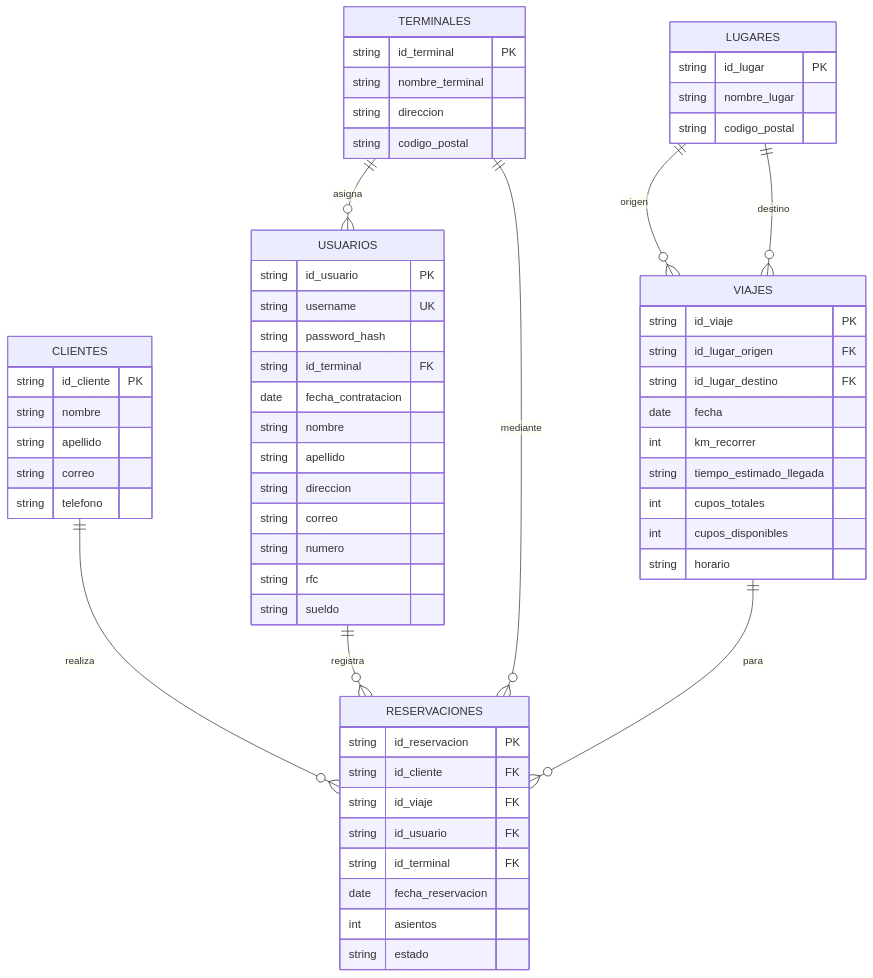
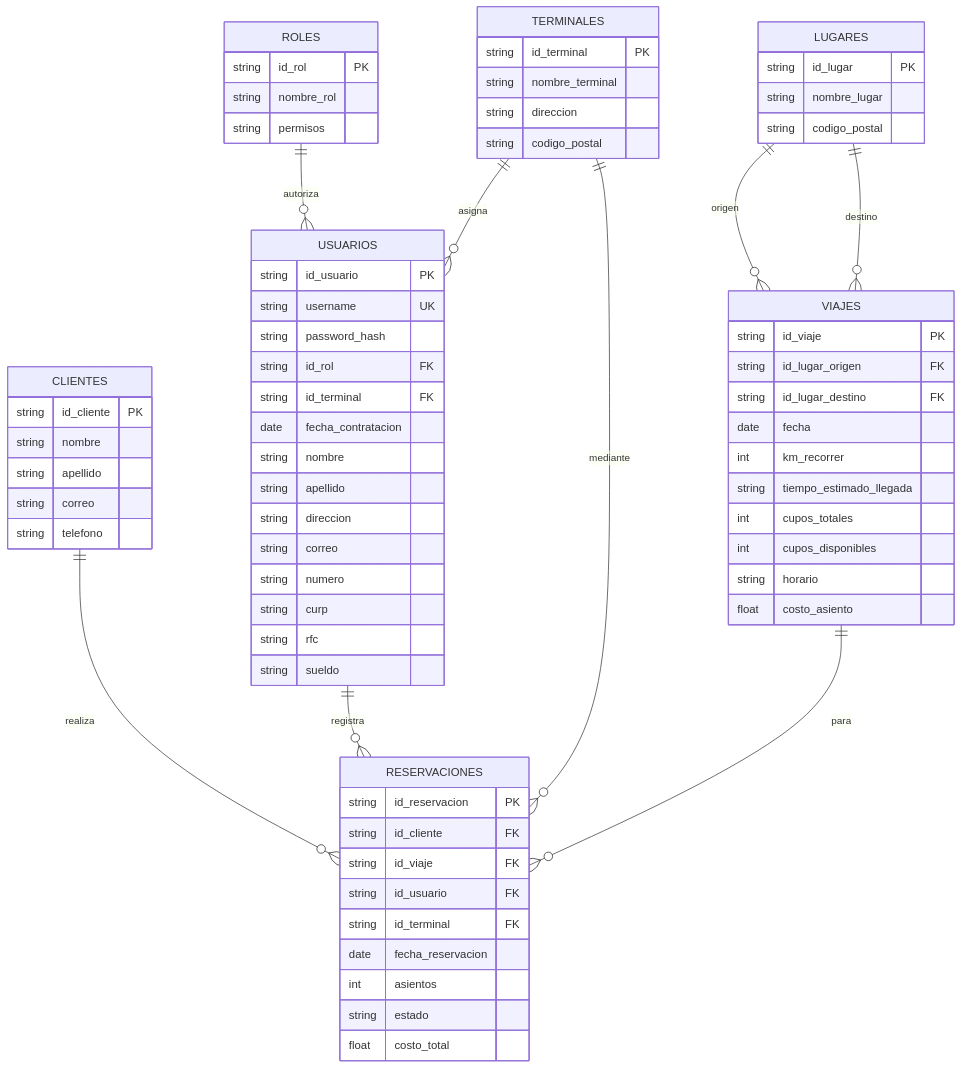
The diagram in ER_DIAGRAM.mmd (alannnn-estrada/bernardo-project-seccond-partial), drawn with Mermaid before and after one commit. The commit also changed 13 other files, not shown here.

```diff
--- a/ER_DIAGRAM.mmd
+++ b/ER_DIAGRAM.mmd
@@ -1,74 +1,85 @@
 ---
 config:
     ER:
         layoutDirection: LR
         fontSize: 12
     theme: default
 ---
 erDiagram
+    ROLES ||--o{ USUARIOS : autoriza
     CLIENTES ||--o{ RESERVACIONES : realiza
     USUARIOS ||--o{ RESERVACIONES : registra
     TERMINALES ||--o{ USUARIOS : asigna
     TERMINALES ||--o{ RESERVACIONES : mediante
     VIAJES ||--o{ RESERVACIONES : para
     LUGARES ||--o{ VIAJES : origen
     LUGARES ||--o{ VIAJES : destino
 
     CLIENTES {
         string id_cliente PK
         string nombre
         string apellido
         string correo
         string telefono
     }
 
+    ROLES {
+        string id_rol PK
+        string nombre_rol
+        string permisos
+    }
+
     USUARIOS {
         string id_usuario PK
         string username UK
         string password_hash
+        string id_rol FK
         string id_terminal FK
         date fecha_contratacion
         string nombre
         string apellido
         string direccion
         string correo
         string numero
+        string curp
         string rfc
         string sueldo
     }
 
     TERMINALES {
         string id_terminal PK
         string nombre_terminal
         string direccion
         string codigo_postal
     }
 
     LUGARES {
         string id_lugar PK
         string nombre_lugar
         string codigo_postal
     }
 
     VIAJES {
         string id_viaje PK
         string id_lugar_origen FK
         string id_lugar_destino FK
         date fecha
         int km_recorrer
         string tiempo_estimado_llegada
         int cupos_totales
         int cupos_disponibles
         string horario
+        float costo_asiento
     }
 
     RESERVACIONES {
         string id_reservacion PK
         string id_cliente FK
         string id_viaje FK
         string id_usuario FK
         string id_terminal FK
         date fecha_reservacion
         int asientos
         string estado
+        float costo_total
     }
```
